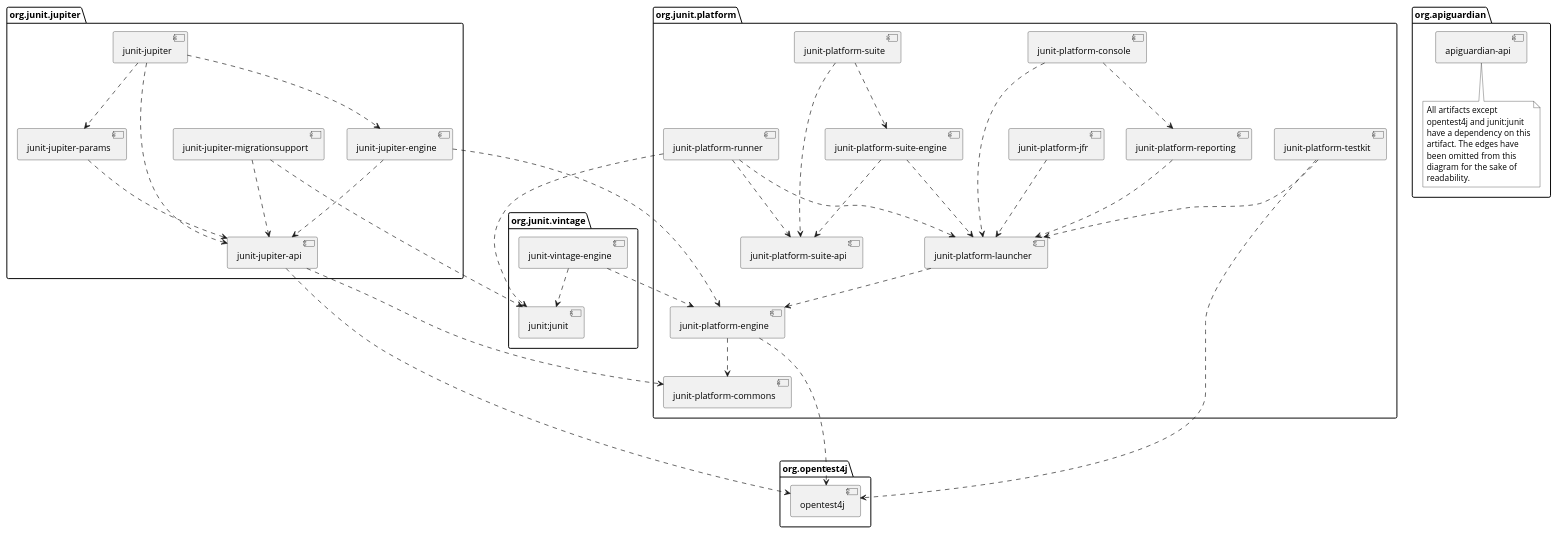
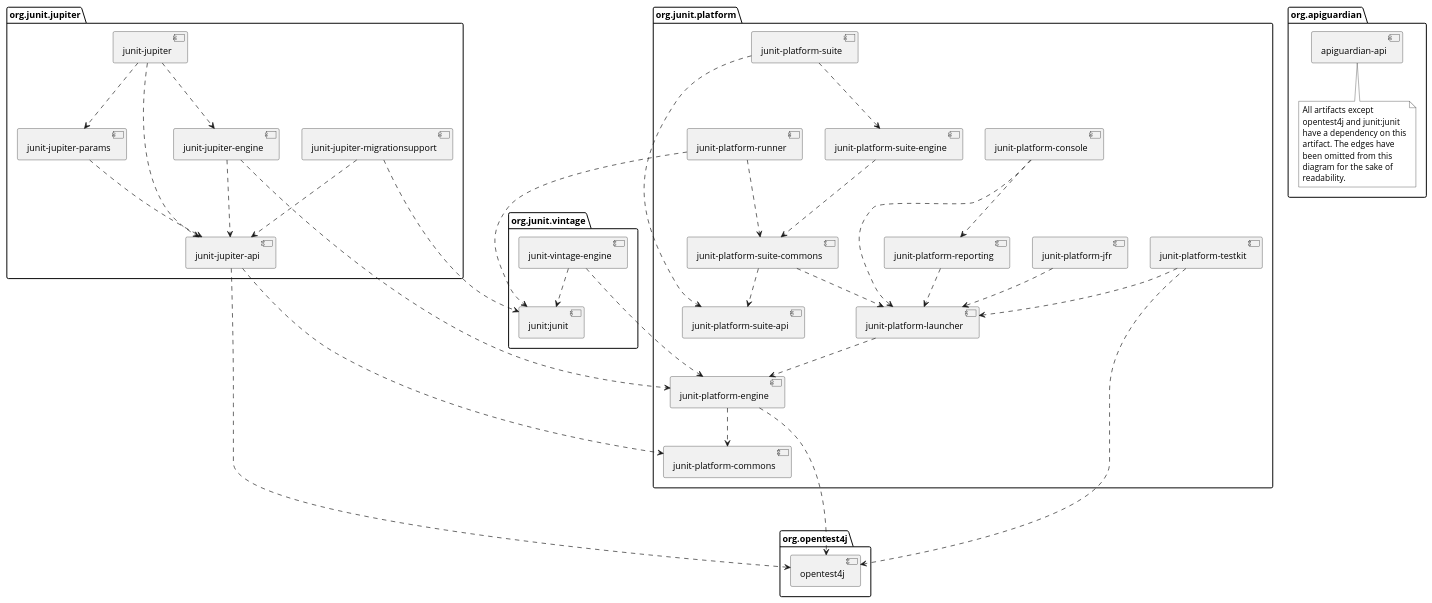
Before and after one commit to junit-team/junit5: the diagram in documentation/src/docs/asciidoc/user-guide/appendix.adoc, drawn with PlantUML.

Commit message:
Add junit-platform-suite-commons to dependency diagram

```diff
--- a/documentation/src/docs/asciidoc/user-guide/appendix.adoc
+++ b/documentation/src/docs/asciidoc/user-guide/appendix.adoc
@@ -157,6 +157,7 @@
     [junit-platform-runner] as runner
     [junit-platform-suite] as suite
     [junit-platform-suite-api] as suite_api
+    [junit-platform-suite-commons] as suite_commons
     [junit-platform-suite-engine] as suite_engine
     [junit-platform-testkit] as testkit
 }
@@ -204,15 +205,16 @@
 
 reporting ..> launcher
 
-runner ..> launcher
-runner ..> suite_api
+runner ..> suite_commons
 runner ...> junit4
 
 suite ..> suite_api
 suite ..> suite_engine
 
-suite_engine ..> launcher
-suite_engine ..> suite_api
+suite_engine ..> suite_commons
+
+suite_commons ..> launcher
+suite_commons ..> suite_api
 
 testkit ....> opentest4j
 testkit ..> launcher
```
